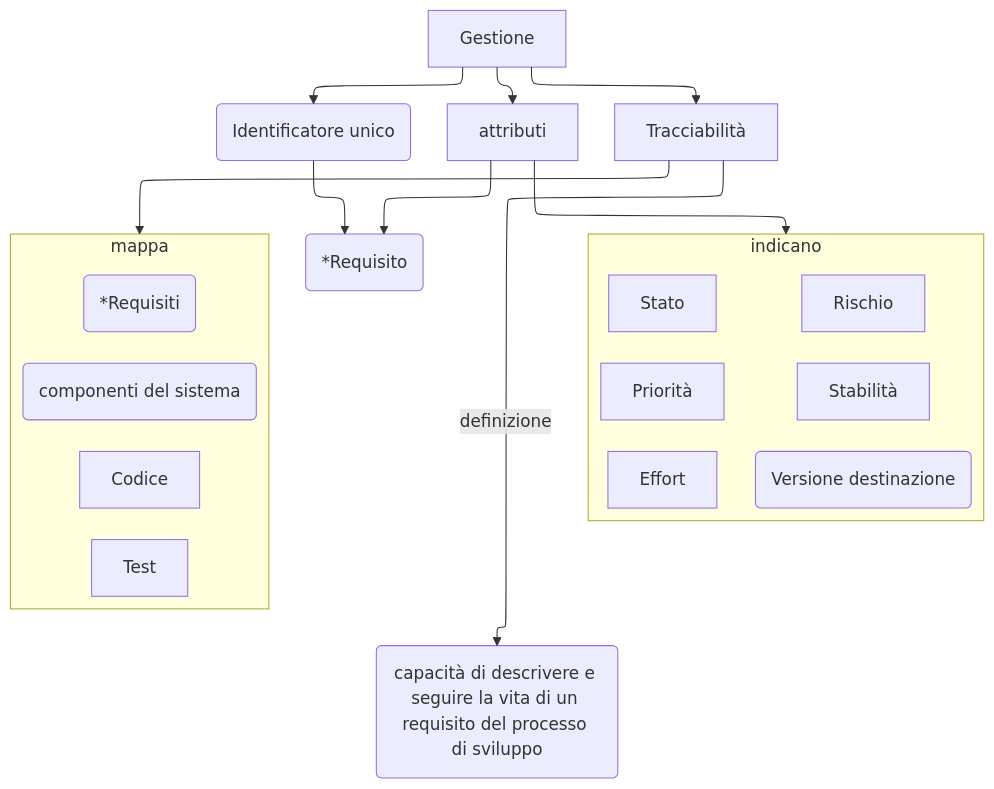
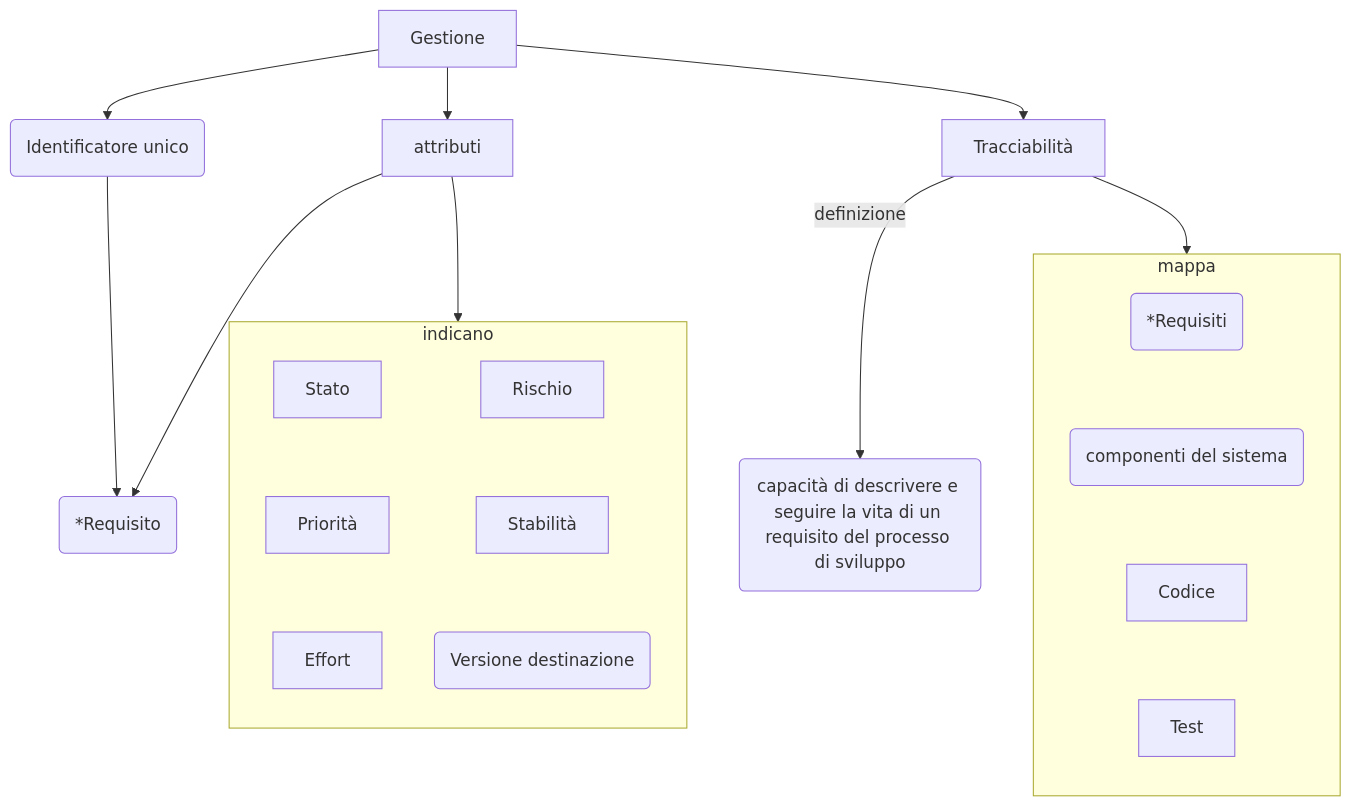
The fifth of 5 diagrams in src/content/docs/software_engineering/analisi_requisiti.md (Firi0n/appunti-unipi), drawn with Mermaid before and after one commit. The commit also changed other lines of this file and 12 other files, not shown here.

````diff
--- a/src/content/docs/software_engineering/analisi_requisiti.md
+++ b/src/content/docs/software_engineering/analisi_requisiti.md
@@ -146,30 +125,29 @@
 ```mermaid
 ---
 config:
-  layout: elk
-  elk: {
-    nodePlacementStrategy: "SIMPLE"
-  }
+    elk: {
+        forceNodeModelOrder: false,
+    }
 ---
 graph TB
     Gestione --> IU(Identificatore unico) --> R2(*Requisito)
     Gestione --> attributi --> R2 & indicano
     subgraph indicano
     direction TB
         Stato ~~~
         Priorità ~~~
         Effort
         Rischio ~~~
         Stabilità ~~~
         VD(Versione destinazione)
     end
     Tracciabilità -->|definizione| T_Def(capacità di descrivere e seguire la vita di un requisito del processo di sviluppo)
     Gestione --> Tracciabilità --> mappa
     subgraph mappa
     direction TB
         R3(*Requisiti) ~~~
         comp_sis(componenti del sistema) ~~~
         Codice ~~~
         Test
     end
 ```
````
